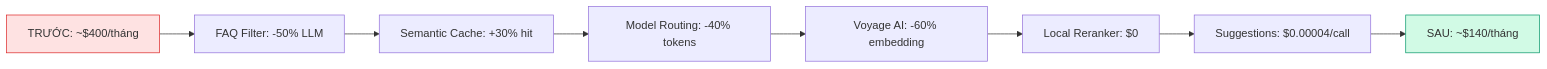
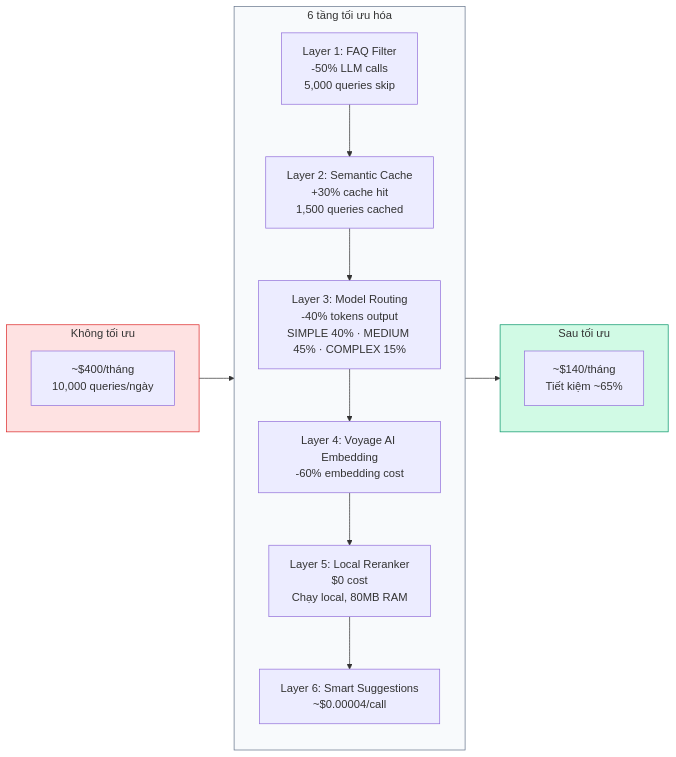
One commit to truongvinhkhuong/tdh-tte changed diagram 11 of 15 in docs/ai-engine/rag-architecture.md. Above: the diagram before and after it, drawn with Mermaid. The commit also changed other lines of this file and 1 other file, not shown here.

````diff
--- a/docs/ai-engine/rag-architecture.md
+++ b/docs/ai-engine/rag-architecture.md
@@ -382,16 +426,26 @@
 ```mermaid
 graph LR
-    B["TRƯỚC: ~$400/tháng"]
-    L1["FAQ Filter: -50% LLM"]
-    L2["Semantic Cache: +30% hit"]
-    L3["Model Routing: -40% tokens"]
-    L4["Voyage AI: -60% embedding"]
-    L5["Local Reranker: $0"]
-    L6["Suggestions: $0.00004/call"]
-    A["SAU: ~$140/tháng"]
+    subgraph Before["Không tối ưu"]
+        B["~$400/tháng\n10,000 queries/ngày"]
+    end
 
-    B --> L1 --> L2 --> L3 --> L4 --> L5 --> L6 --> A
+    subgraph Layers["6 tầng tối ưu hóa"]
+        L1["Layer 1: FAQ Filter\n-50% LLM calls\n5,000 queries skip"]
+        L2["Layer 2: Semantic Cache\n+30% cache hit\n1,500 queries cached"]
+        L3["Layer 3: Model Routing\n-40% tokens output\nSIMPLE 40% · MEDIUM 45% · COMPLEX 15%"]
+        L4["Layer 4: Voyage AI Embedding\n-60% embedding cost"]
+        L5["Layer 5: Local Reranker\n$0 cost\nChạy local, 80MB RAM"]
+        L6["Layer 6: Smart Suggestions\n~$0.00004/call"]
+        L1 --> L2 --> L3 --> L4 --> L5 --> L6
+    end
 
-    style B fill:#fee2e2,stroke:#dc2626
-    style A fill:#d1fae5,stroke:#059669
+    subgraph After["Sau tối ưu"]
+        A["~$140/tháng\nTiết kiệm ~65%"]
+    end
+
+    Before --> Layers --> After
+
+    style Before fill:#fee2e2,stroke:#dc2626
+    style After fill:#d1fae5,stroke:#059669
+    style Layers fill:#f8fafc,stroke:#64748b
 ```
````
